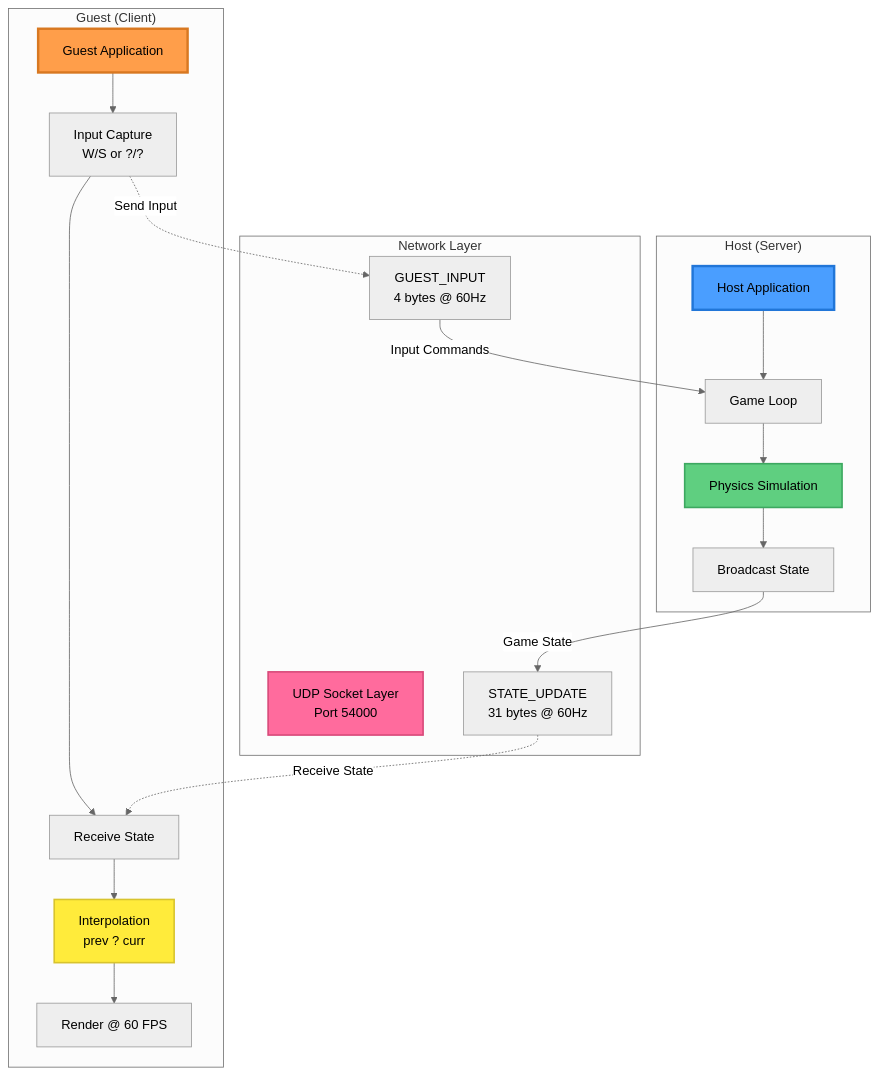
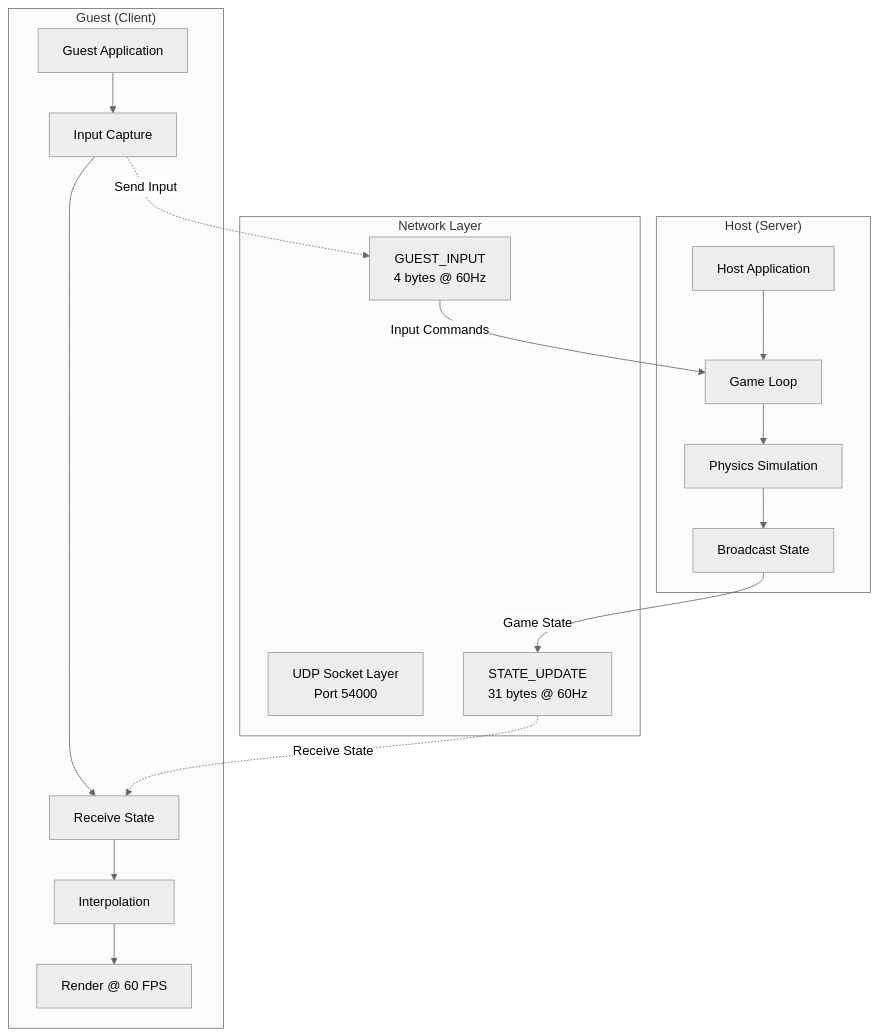
The first of 2 diagrams in README.md (OlawoleAbayomi-Owodunni/pong-networking), drawn with Mermaid (neutral theme) before and after one commit. The commit also changed other lines of this file and 1 other file, not shown here.

````diff
--- a/README.md
+++ b/README.md
@@ -49,43 +55,37 @@
 ```mermaid
 graph TB
     subgraph "Host (Server)"
         H[Host Application]
         HL[Game Loop]
         HP[Physics Simulation]
         HB[Broadcast State]
-        
+
         H --> HL
         HL --> HP
         HP --> HB
     end
-    
+
     subgraph "Network Layer"
         UDP[UDP Socket Layer<br/>Port 54000]
         GI[GUEST_INPUT<br/>4 bytes @ 60Hz]
         SU[STATE_UPDATE<br/>31 bytes @ 60Hz]
     end
-    
+
     subgraph "Guest (Client)"
         G[Guest Application]
-        GC[Input Capture<br/>W/S or ?/?]
+        GC[Input Capture]
         GR[Receive State]
-        GI_INTERP[Interpolation<br/>prev ? curr]
+        GI_INTERP[Interpolation]
         GRENDER[Render @ 60 FPS]
-        
+
         G --> GC
         GC --> GR
         GR --> GI_INTERP
         GI_INTERP --> GRENDER
     end
-    
+
     GC -.->|Send Input| GI
     GI -->|Input Commands| HL
     HB -->|Game State| SU
     SU -.->|Receive State| GR
-    
-    style H fill:#4a9eff,stroke:#2176d8,stroke-width:3px
-    style G fill:#ff9e4a,stroke:#d87821,stroke-width:3px
-    style UDP fill:#ff6b9d,stroke:#d84a7a,stroke-width:2px
-    style HP fill:#5fcf80,stroke:#3da860,stroke-width:2px
-    style GI_INTERP fill:#ffeb3b,stroke:#d8c42e,stroke-width:2px
 ```
````
